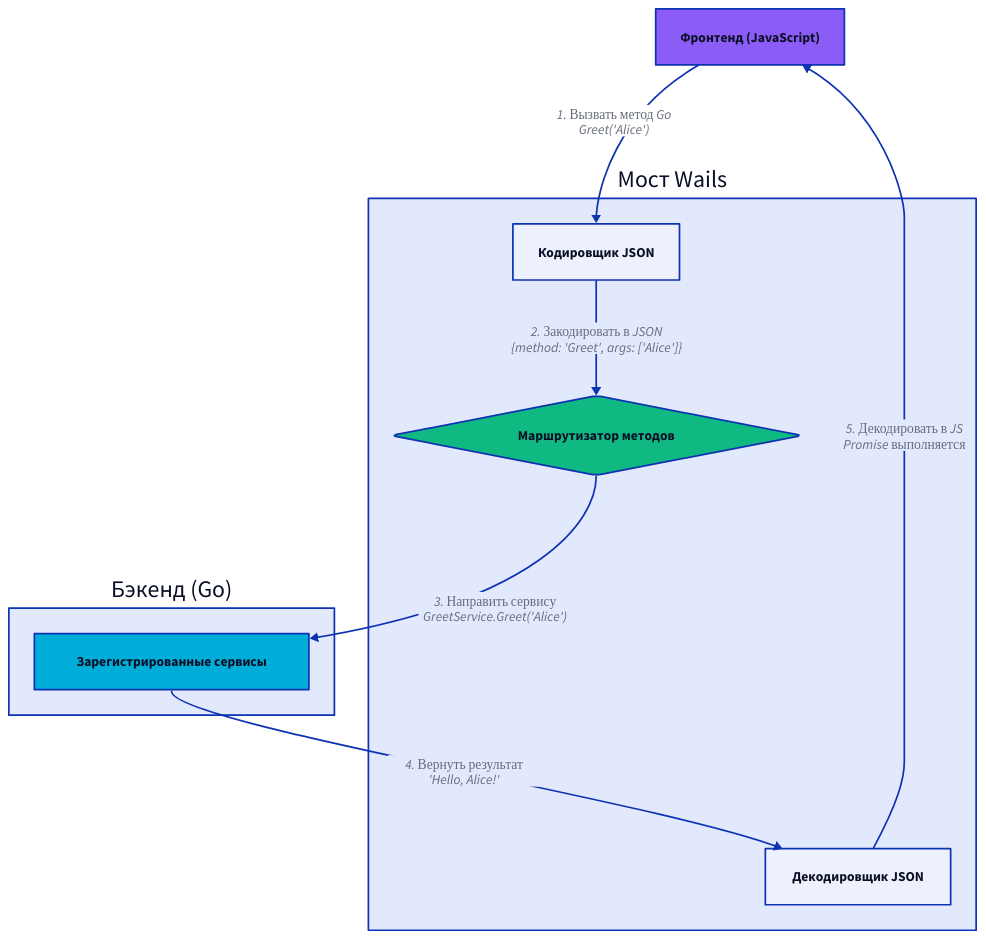
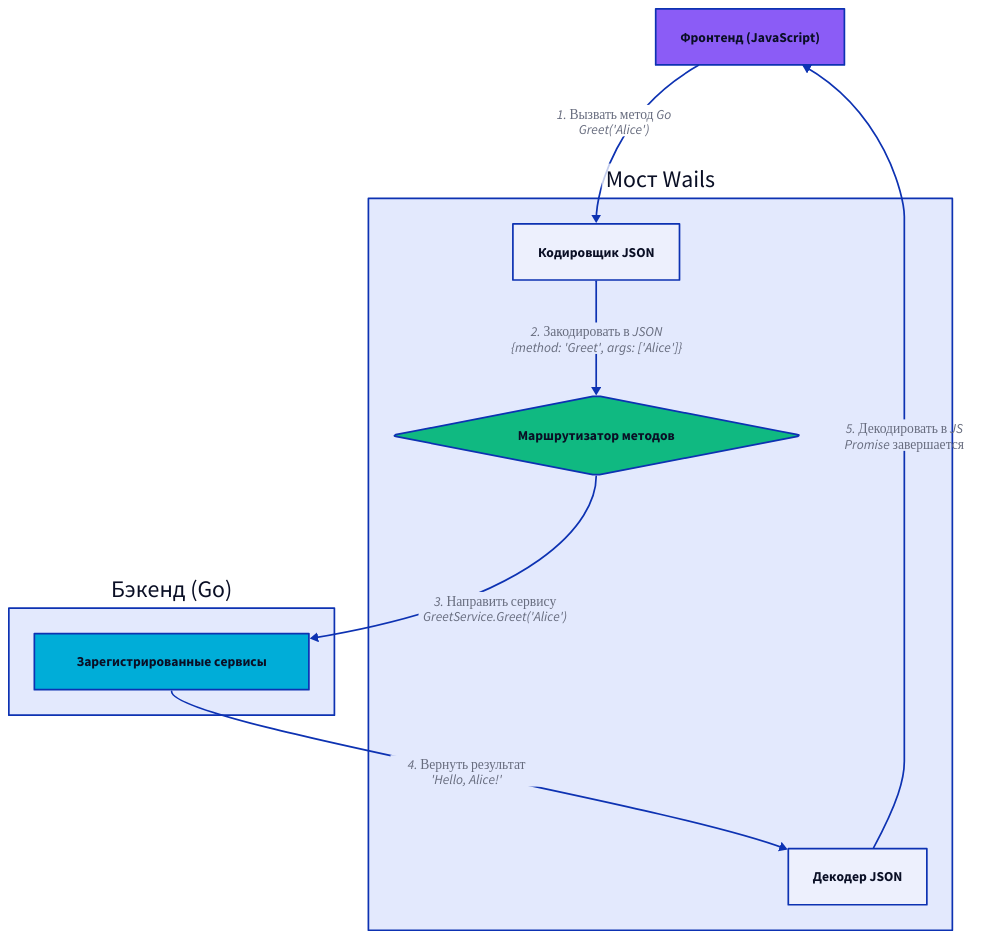
One commit to wailsapp/wails changed the second of 8 diagrams in docs/mpress/content/ru/concepts/architecture.md. Above: the diagram before and after it, drawn with D2. The commit also changed other lines of this file and 1096 other files, not shown here.

````diff
--- a/docs/mpress/content/ru/concepts/architecture.md
+++ b/docs/mpress/content/ru/concepts/architecture.md
@@ -96,36 +96,36 @@
 ```d2
 direction: down
 
 Frontend: Фронтенд (JavaScript) {
   shape: rectangle
   style.fill: "#8B5CF6"
 }
 
 Bridge: Мост Wails {
   Encoder: Кодировщик JSON {
     shape: rectangle
   }
 
   Router: Маршрутизатор методов {
     shape: diamond
     style.fill: "#10B981"
   }
 
-  Decoder: Декодировщик JSON {
+  Decoder: Декодер JSON {
     shape: rectangle
   }
 }
 
 Backend: Бэкенд (Go) {
   Services: Зарегистрированные сервисы {
     shape: rectangle
     style.fill: "#00ADD8"
   }
 }
 
 Frontend -> Bridge.Encoder: "1. Вызвать метод Go\nGreet('Alice')"
 Bridge.Encoder -> Bridge.Router: "2. Закодировать в JSON\n{method: 'Greet', args: ['Alice']}"
 Bridge.Router -> Backend.Services: "3. Направить сервису\nGreetService.Greet('Alice')"
 Backend.Services -> Bridge.Decoder: "4. Вернуть результат\n'Hello, Alice!'"
-Bridge.Decoder -> Frontend: "5. Декодировать в JS\nPromise выполняется"
+Bridge.Decoder -> Frontend: "5. Декодировать в JS\nPromise завершается"
 ```
````
